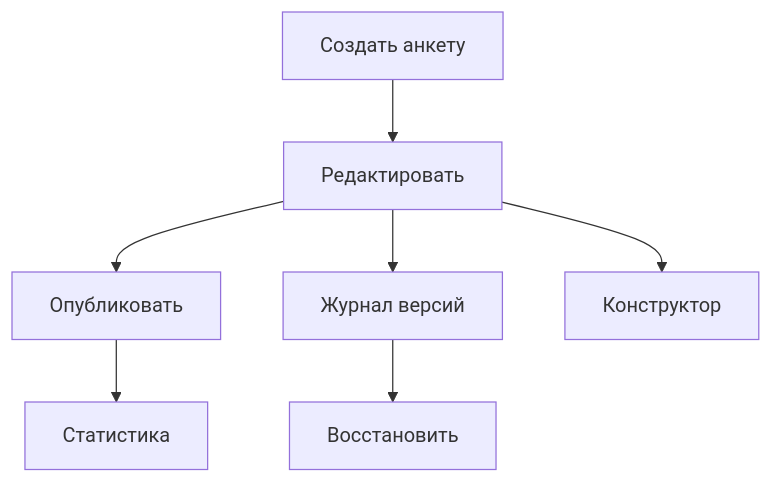
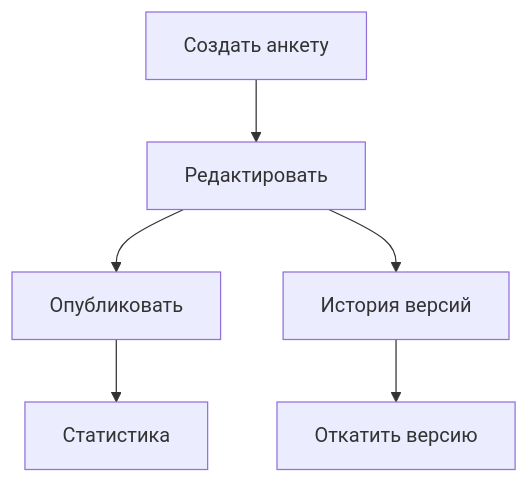
The third of 7 diagrams in docs/vkr-zashchita-prezentaciya.md (sanya2905/survey-constructor-service), drawn with Mermaid before and after one commit. The commit also changed other lines of this file, not shown here.

````diff
--- a/docs/vkr-zashchita-prezentaciya.md
+++ b/docs/vkr-zashchita-prezentaciya.md
@@ -98,15 +91,13 @@
 ```mermaid
 flowchart TD
     B[Создать анкету]
     C[Редактировать]
     D[Опубликовать]
-    H[Журнал версий]
-    I[Восстановить]
+    H[История версий]
+    I[Откатить версию]
     F[Статистика]
-    J[Конструктор]
 
     B --> C --> D
     C --> H --> I
     D --> F
-    C --> J
 ```
````
